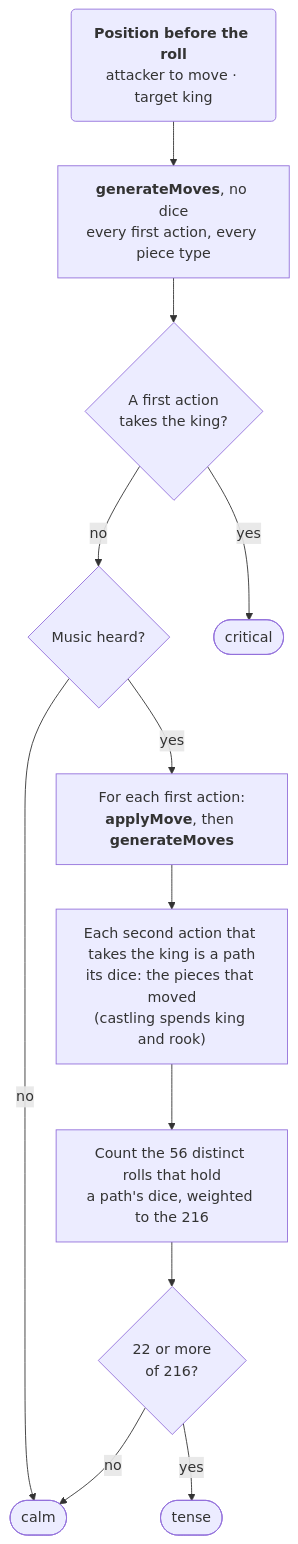
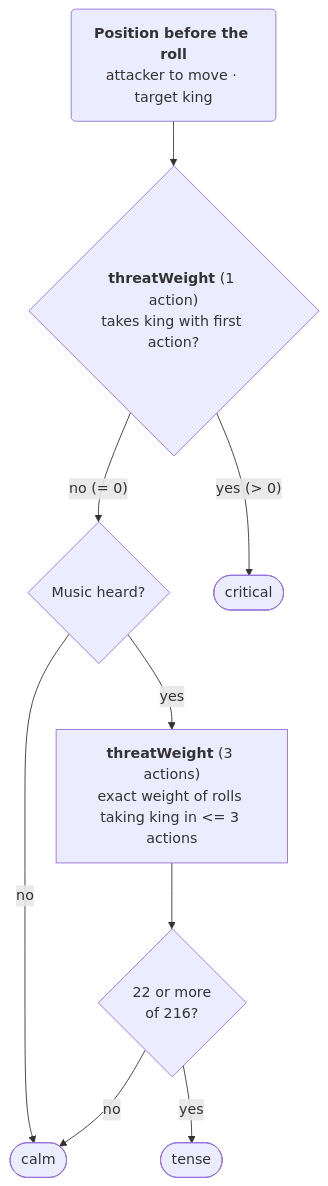
The diagram in site/src/content/docs/design/danger.md (fortemate/dicechess-tv), drawn with Mermaid before and after one commit. The commit also changed other lines of this file and 10 other files, not shown here.

First line of the commit message:
perf: restore three-action threat measurement via engine threatWeight (#382) (#384)

````diff
--- a/site/src/content/docs/design/danger.md
+++ b/site/src/content/docs/design/danger.md
@@ -38,22 +38,19 @@
 ```mermaid
 flowchart TB
   pos("<b>Position before the roll</b><br/>attacker to move · target king")
-  gen["<b>generateMoves</b>, no dice<br/>every first action, every piece type"]
-  crit{"A first action<br/>takes the king?"}
+  crit{"<b>threatWeight</b> (1 action)<br/>takes king with first action?"}
   heard{"Music heard?"}
-  each["For each first action:<br/><b>applyMove</b>, then <b>generateMoves</b>"]
-  path["Each second action that takes the king is a path<br/>its dice: the pieces that moved<br/>(castling spends king and rook)"]
-  count["Count the 56 distinct rolls that hold<br/>a path's dice, weighted to the 216"]
+  weight["<b>threatWeight</b> (3 actions)<br/>exact weight of rolls taking king in <= 3 actions"]
   enough{"22 or more<br/>of 216?"}
   critical(["critical"])
   tense(["tense"])
   calm(["calm"])
 
-  pos --> gen --> crit
-  crit -- yes --> critical
-  crit -- no --> heard
+  pos --> crit
+  crit -- yes (> 0) --> critical
+  crit -- no (= 0) --> heard
   heard -- no --> calm
-  heard -- yes --> each --> path --> count --> enough
+  heard -- yes --> weight --> enough
   enough -- yes --> tense
   enough -- no --> calm
 ```
````
